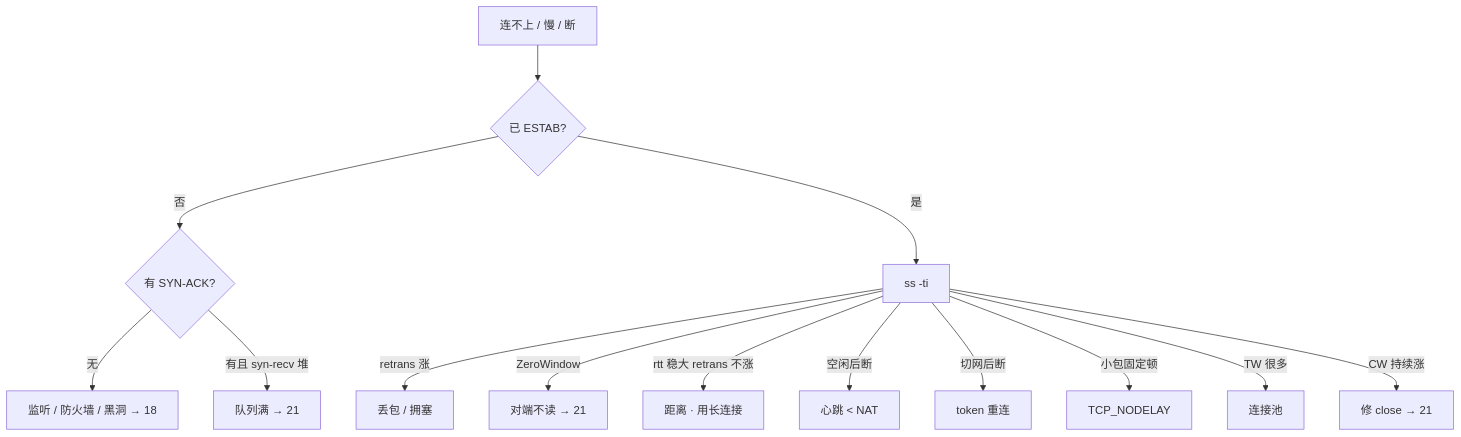
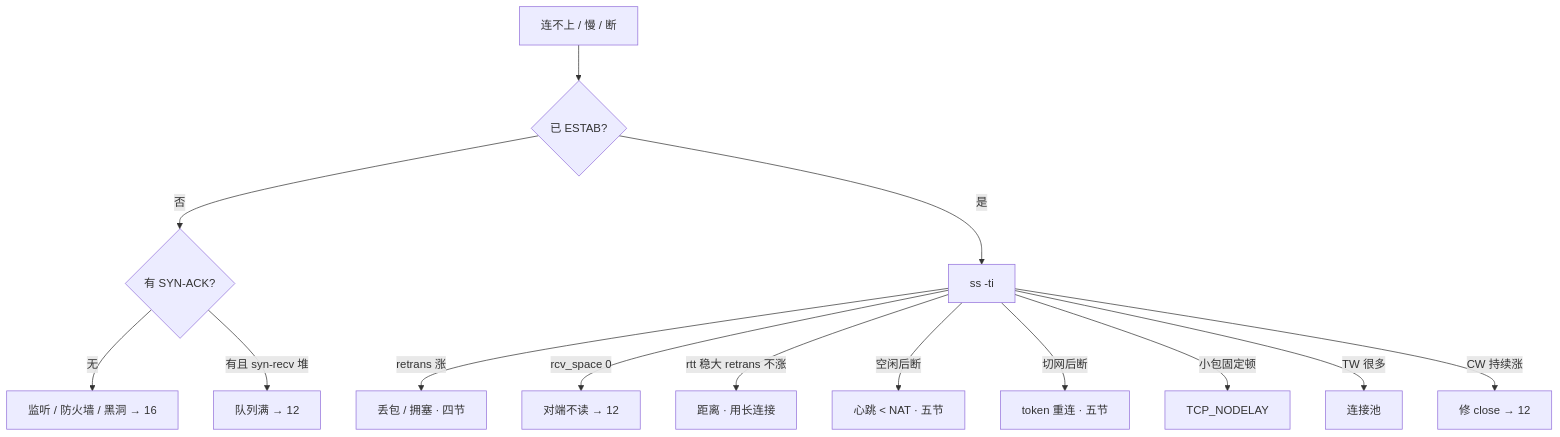
Before and after one commit to ml-cuizijun/LearnToLilith: diagram 17 of 17 in 01-基础底座/13-TCP与UDP/知识点.md, drawn with Mermaid. The commit also changed other lines of this file and 470 other files, not shown here.

````diff
--- a/01-基础底座/13-TCP与UDP/知识点.md
+++ b/01-基础底座/13-TCP与UDP/知识点.md
@@ -786,16 +822,16 @@
 ```mermaid
 flowchart TB
     A[连不上 / 慢 / 断] --> B{已 ESTAB?}
     B -->|否| C{有 SYN-ACK?}
-    C -->|无| D[监听 / 防火墙 / 黑洞 → 18]
-    C -->|有且 syn-recv 堆| E[队列满 → 21]
+    C -->|无| D[监听 / 防火墙 / 黑洞 → 16]
+    C -->|有且 syn-recv 堆| E[队列满 → 12]
     B -->|是| F[ss -ti]
-    F -->|retrans 涨| G[丢包 / 拥塞]
-    F -->|ZeroWindow| H[对端不读 → 21]
+    F -->|retrans 涨| G[丢包 / 拥塞 · 四节]
+    F -->|rcv_space 0| H[对端不读 → 12]
     F -->|rtt 稳大 retrans 不涨| I[距离 · 用长连接]
-    F -->|空闲后断| J[心跳 < NAT]
-    F -->|切网后断| K[token 重连]
+    F -->|空闲后断| J[心跳 < NAT · 五节]
+    F -->|切网后断| K[token 重连 · 五节]
     F -->|小包固定顿| L[TCP_NODELAY]
     F -->|TW 很多| M[连接池]
-    F -->|CW 持续涨| N[修 close → 21]
+    F -->|CW 持续涨| N[修 close → 12]
 ```
````
